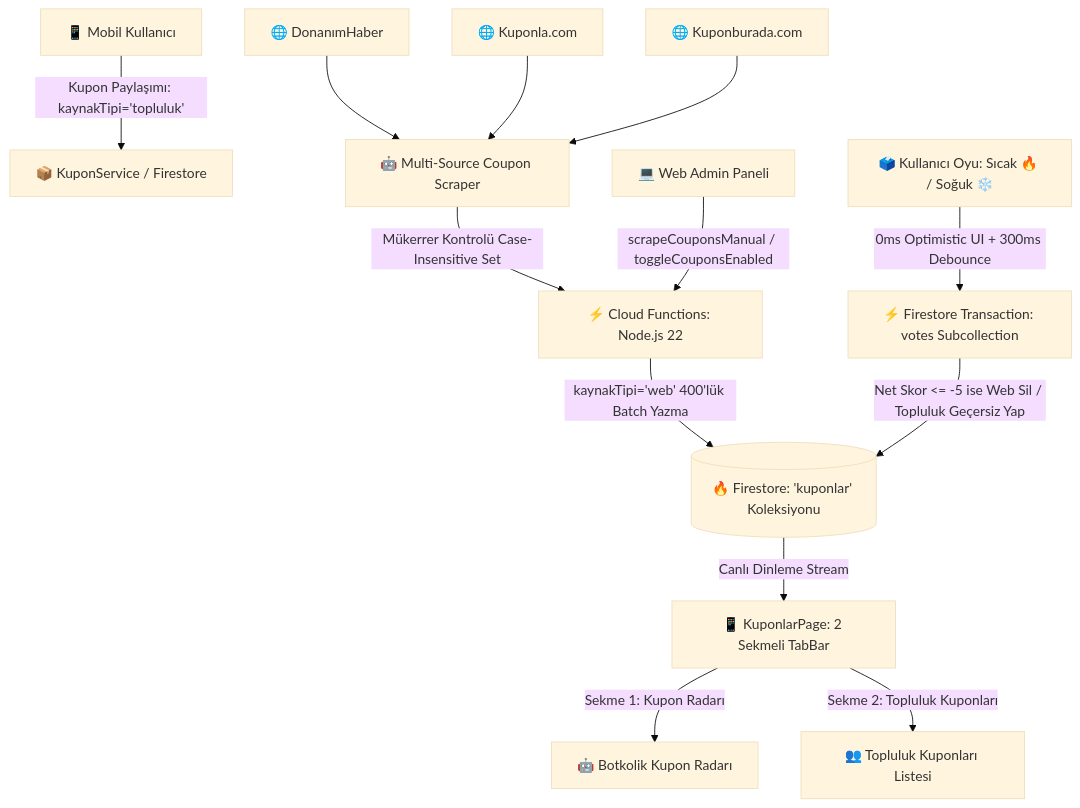
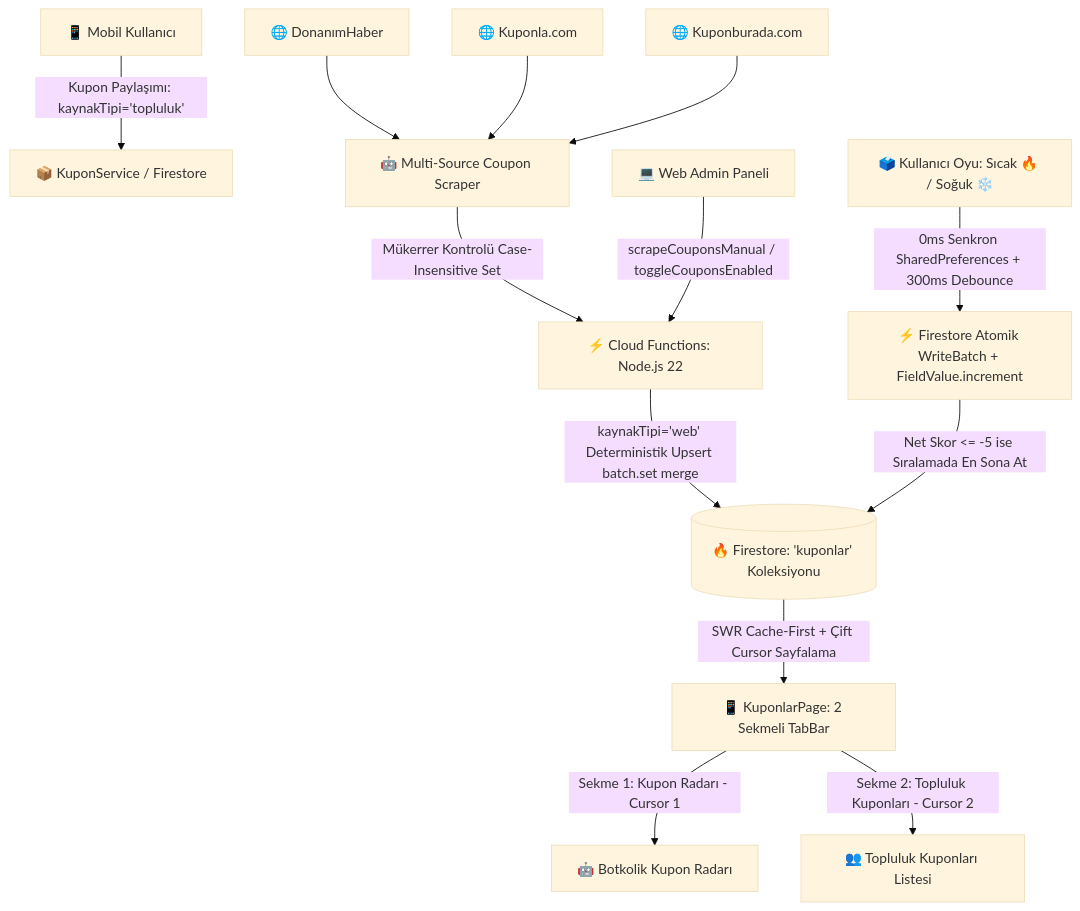
Before and after one commit to gky61/s-cak-f-rsatlar: the first of 5 diagrams in documentation/kuponlar/kuponlar_modulu_rehberi.md, drawn with Mermaid (base theme). The commit also changed other lines of this file and 19 other files, not shown here.

First line of the commit message:
feat(search-kupon-aktuel): harden search resilience, coupon case preservation and catalog SWR architecture

````diff
--- a/documentation/kuponlar/kuponlar_modulu_rehberi.md
+++ b/documentation/kuponlar/kuponlar_modulu_rehberi.md
@@ -30,20 +30,20 @@
 ```mermaid
 graph TD
     %% 1. Veri Kaynakları
     User[📱 Mobil Kullanıcı] -->|Kupon Paylaşımı: kaynakTipi='topluluk'| KuponService[📦 KuponService / Firestore]
     DH[🌐 DonanımHaber] --> Scraper[🤖 Multi-Source Coupon Scraper]
     Kuponla[🌐 Kuponla.com] --> Scraper
     Kuponburada[🌐 Kuponburada.com] --> Scraper
     
     %% 2. Backend İşleme
     Scraper -->|Mükerrer Kontrolü Case-Insensitive Set| CloudFunctions[⚡ Cloud Functions: Node.js 22]
-    CloudFunctions -->|kaynakTipi='web' 400'lük Batch Yazma| Firestore[(🔥 Firestore: 'kuponlar' Koleksiyonu)]
+    CloudFunctions -->|kaynakTipi='web' Deterministik Upsert batch.set merge| Firestore[(🔥 Firestore: 'kuponlar' Koleksiyonu)]
     AdminWeb[💻 Web Admin Paneli] -->|scrapeCouponsManual / toggleCouponsEnabled| CloudFunctions
     
     %% 3. Mobil İstemci ve Oylama
-    Firestore -->|Canlı Dinleme Stream| KuponlarPage[📱 KuponlarPage: 2 Sekmeli TabBar]
-    KuponlarPage -->|Sekme 1: Kupon Radarı| Tab1[🤖 Botkolik Kupon Radarı]
-    KuponlarPage -->|Sekme 2: Topluluk Kuponları| Tab2[👥 Topluluk Kuponları Listesi]
-    UserVote[🗳️ Kullanıcı Oyu: Sıcak 🔥 / Soğuk ❄️] -->|0ms Optimistic UI + 300ms Debounce| VoteTx[⚡ Firestore Transaction: votes Subcollection]
-    VoteTx -->|Net Skor <= -5 ise Web Sil / Topluluk Geçersiz Yap| Firestore
+    Firestore -->|SWR Cache-First + Çift Cursor Sayfalama| KuponlarPage[📱 KuponlarPage: 2 Sekmeli TabBar]
+    KuponlarPage -->|Sekme 1: Kupon Radarı - Cursor 1| Tab1[🤖 Botkolik Kupon Radarı]
+    KuponlarPage -->|Sekme 2: Topluluk Kuponları - Cursor 2| Tab2[👥 Topluluk Kuponları Listesi]
+    UserVote[🗳️ Kullanıcı Oyu: Sıcak 🔥 / Soğuk ❄️] -->|0ms Senkron SharedPreferences + 300ms Debounce| VoteTx[⚡ Firestore Atomik WriteBatch + FieldValue.increment]
+    VoteTx -->|Net Skor <= -5 ise Sıralamada En Sona At| Firestore
 ```
````
